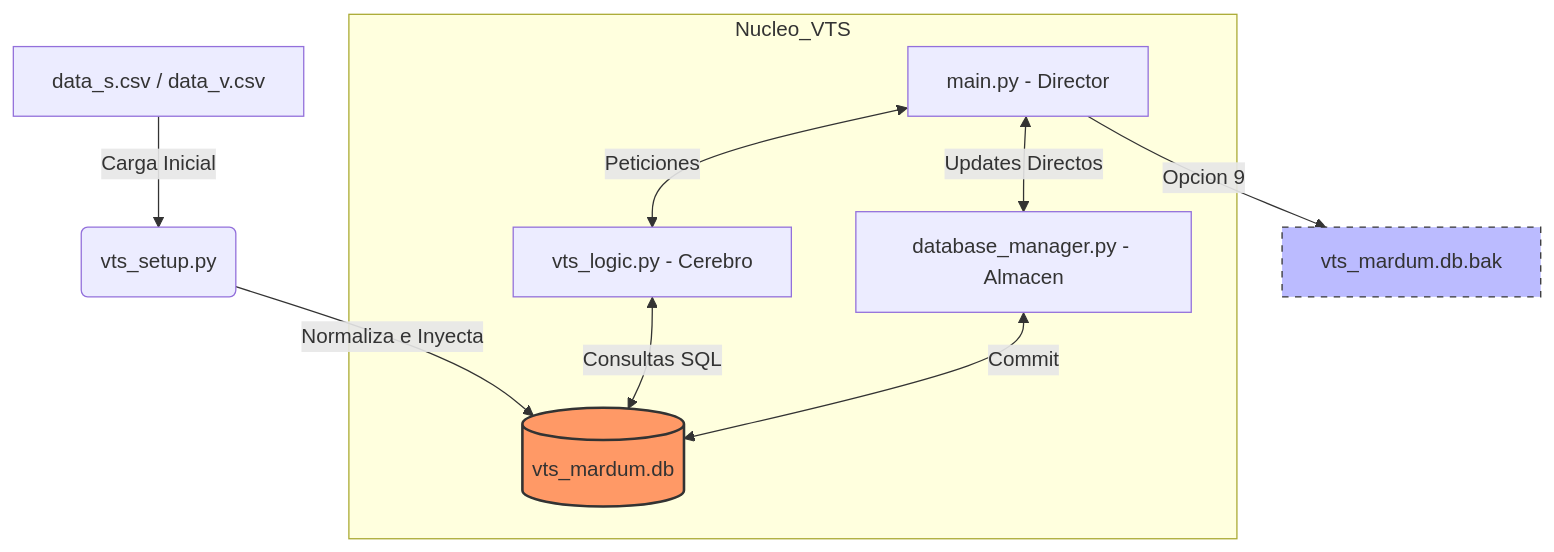
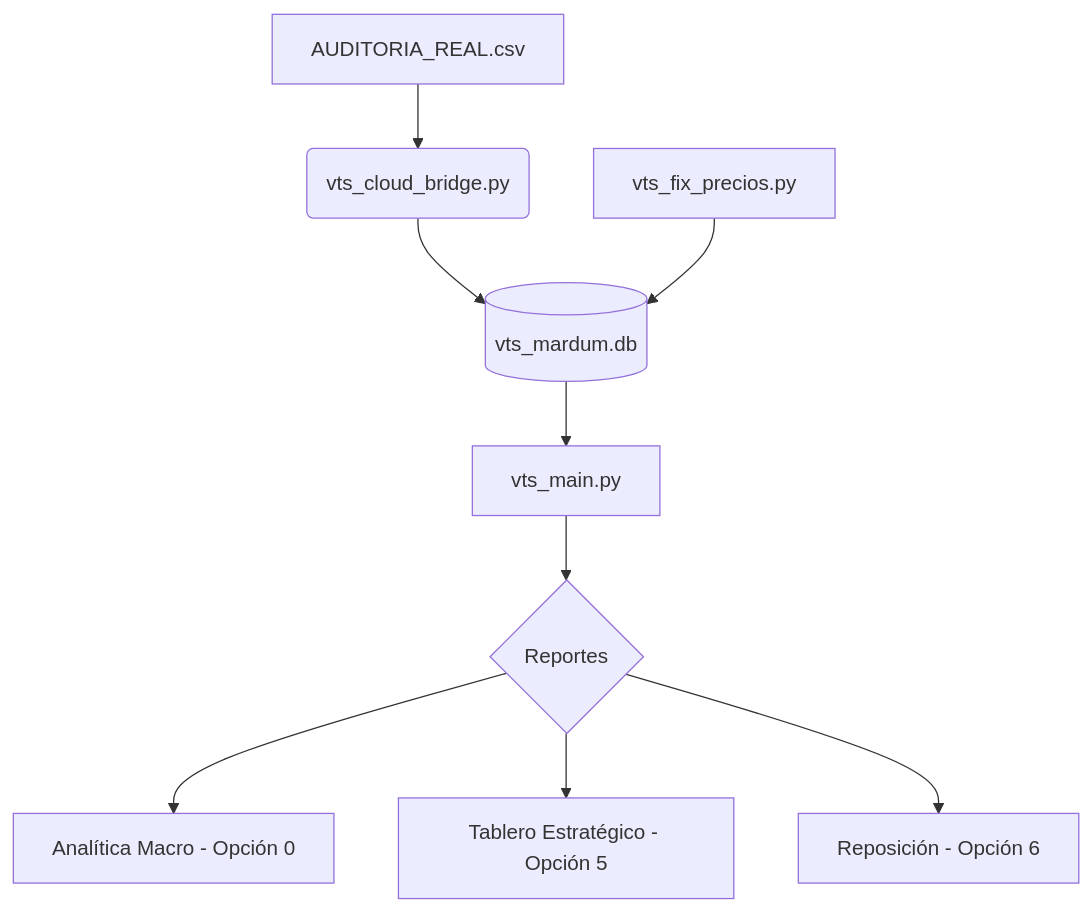
One commit to Iridah/terminal-vts changed the diagram in readme.md. Above: the diagram before and after it, drawn with Mermaid. The commit also changed 6 other files, not shown here.

Commit message:
Finalización Módulo 4: Migración completa SQL, Bridge de auditoría y Refactor de búsqueda

````diff
--- a/readme.md
+++ b/readme.md
@@ -37,17 +37,11 @@
 ```mermaid
 graph TD
-    A[data_s.csv / data_v.csv] -->|Carga Inicial| B(vts_setup.py)
-    B -->|Normaliza e Inyecta| C[(vts_mardum.db)]
-    
-    subgraph Nucleo_VTS
-        D[main.py - Director] <-->|Peticiones| E[vts_logic.py - Cerebro]
-        E <-->|Consultas SQL| C
-        D <-->|Updates Directos| F[database_manager.py - Almacen]
-        F <-->|Commit| C
-    end
-    
-    D -->|Opcion 9| G[vts_mardum.db.bak]
-    
-    style C fill:#f96,stroke:#333,stroke-width:2px
-    style G fill:#bbf,stroke:#333,stroke-dasharray:5 5
+    A[AUDITORIA_REAL.csv] --> B(vts_cloud_bridge.py)
+    B --> C[(vts_mardum.db)]
+    D[vts_fix_precios.py] --> C
+    C --> E[vts_main.py]
+    E --> F{Reportes}
+    F --> G[Analítica Macro - Opción 0]
+    F --> H[Tablero Estratégico - Opción 5]
+    F --> I[Reposición - Opción 6]
 ```
````
